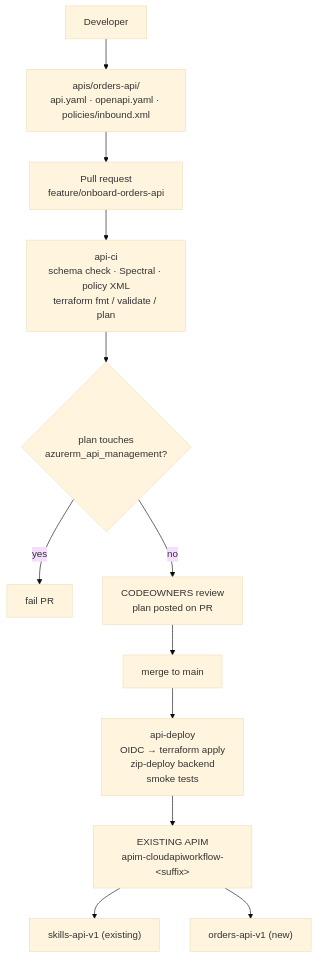
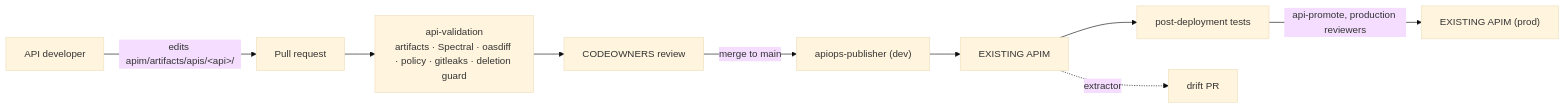
One commit to sampleworthy/cloudapiworkflow changed the third of 9 diagrams in docs/architecture.md. Above: the diagram before and after it, drawn with Mermaid (base theme). The commit also changed other lines of this file and 127 other files, not shown here.

First line of the commit message:
Adopt Microsoft APIOps for the API lifecycle; Terraform owns the platform only

````diff
--- a/docs/architecture.md
+++ b/docs/architecture.md
@@ -68,14 +45,11 @@
 ```mermaid
-flowchart TD
-    DEV["Developer"] --> F["apis/orders-api/<br/>api.yaml · openapi.yaml · policies/inbound.xml"]
-    F --> PR["Pull request<br/>feature/onboard-orders-api"]
-    PR --> CI["api-ci<br/>schema check · Spectral · policy XML<br/>terraform fmt / validate / plan"]
-    CI --> GUARD{"plan touches<br/>azurerm_api_management?"}
-    GUARD -->|yes| FAIL["fail PR"]
-    GUARD -->|no| REVIEW["CODEOWNERS review<br/>plan posted on PR"]
-    REVIEW --> MERGE["merge to main"]
-    MERGE --> DEPLOY["api-deploy<br/>OIDC → terraform apply<br/>zip-deploy backend<br/>smoke tests"]
-    DEPLOY --> APIM["EXISTING APIM<br/>apim-cloudapiworkflow-&lt;suffix&gt;"]
-    APIM --> E1["skills-api-v1 (existing)"]
-    APIM --> E2["orders-api-v1 (new)"]
+flowchart LR
+    DEV["API developer"] -->|edits apim/artifacts/apis/&lt;api&gt;/| PR["Pull request"]
+    PR --> VAL["api-validation<br/>artifacts · Spectral · oasdiff · policy · gitleaks · deletion guard"]
+    VAL --> REV["CODEOWNERS review"]
+    REV -->|merge to main| PUB["apiops-publisher (dev)"]
+    PUB --> APIM["EXISTING APIM"]
+    APIM --> TEST["post-deployment tests"]
+    TEST -->|api-promote, production reviewers| PROD["EXISTING APIM (prod)"]
+    APIM -.->|extractor| DRIFT["drift PR"]
 ```
````
